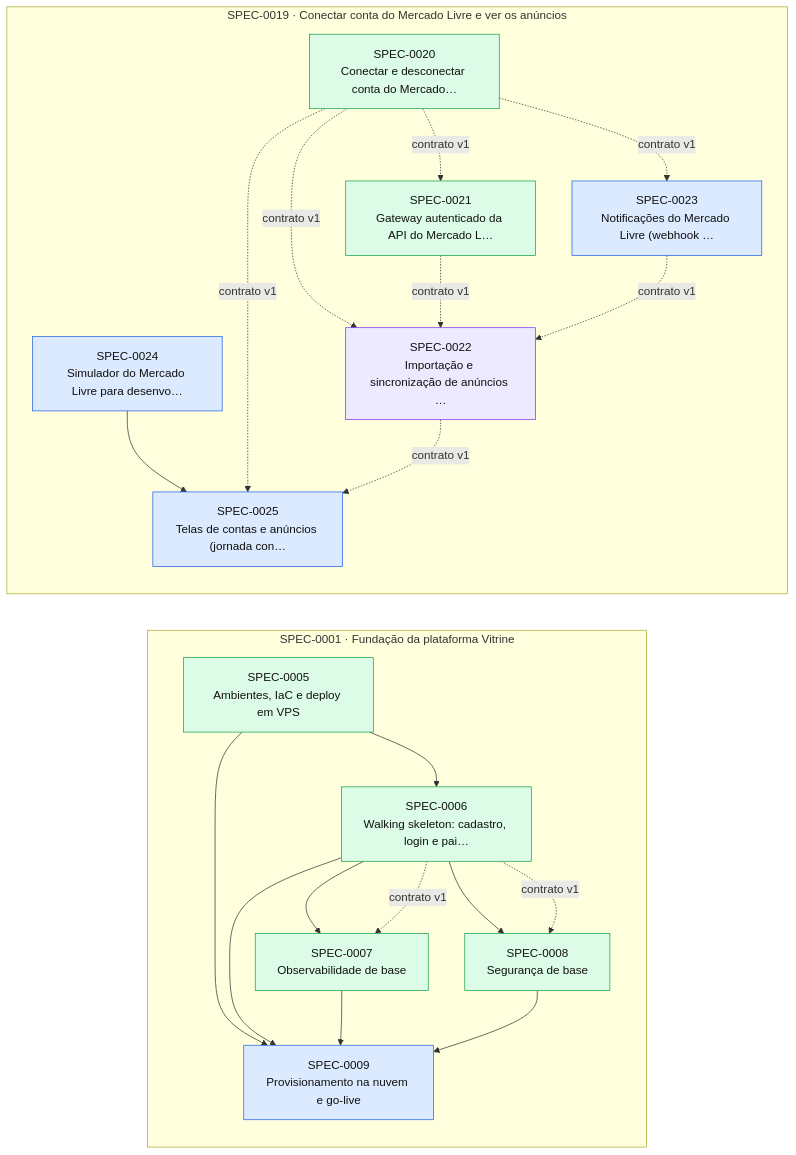
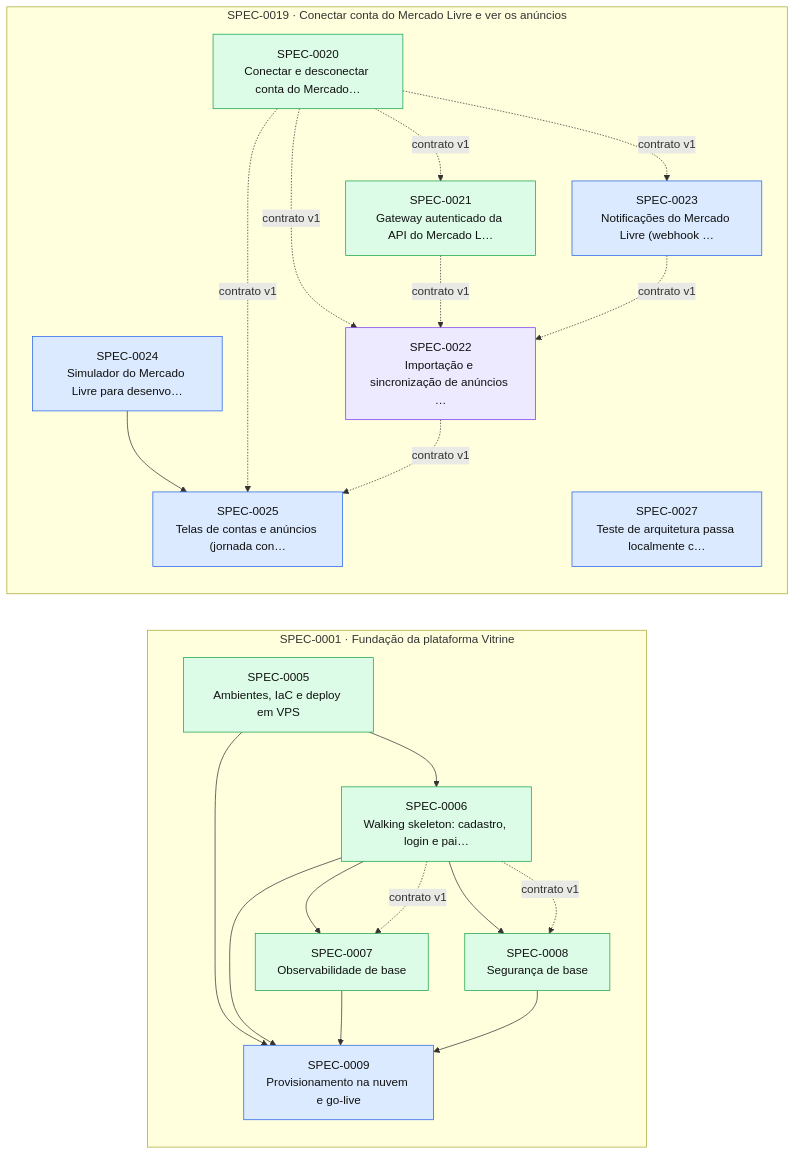
Before and after one commit to thomasravache/vitrine: the diagram in docs/specs/INDEX.md, drawn with Mermaid. The commit also changed other lines of this file and 2 other files, not shown here.

First line of the commit message:
docs(specs): SPEC-0027 (teste de arquitetura igual ao CI), aprovada no piloto automático

````diff
--- a/docs/specs/INDEX.md
+++ b/docs/specs/INDEX.md
@@ -62,40 +63,41 @@
 ```mermaid
 flowchart LR
   subgraph E0001["SPEC-0001 · Fundação da plataforma Vitrine"]
     S0005["SPEC-0005<br/>Ambientes, IaC e deploy em VPS"]:::implemented
     S0006["SPEC-0006<br/>Walking skeleton: cadastro, login e pai…"]:::implemented
     S0007["SPEC-0007<br/>Observabilidade de base"]:::implemented
     S0008["SPEC-0008<br/>Segurança de base"]:::implemented
     S0009["SPEC-0009<br/>Provisionamento na nuvem e go-live"]:::approved
   end
   subgraph E0019["SPEC-0019 · Conectar conta do Mercado Livre e ver os anúncios"]
     S0020["SPEC-0020<br/>Conectar e desconectar conta do Mercado…"]:::implemented
     S0021["SPEC-0021<br/>Gateway autenticado da API do Mercado L…"]:::implemented
     S0022["SPEC-0022<br/>Importação e sincronização de anúncios …"]:::inprogress
     S0023["SPEC-0023<br/>Notificações do Mercado Livre (webhook …"]:::approved
     S0024["SPEC-0024<br/>Simulador do Mercado Livre para desenvo…"]:::approved
     S0025["SPEC-0025<br/>Telas de contas e anúncios (jornada con…"]:::approved
+    S0027["SPEC-0027<br/>Teste de arquitetura passa localmente c…"]:::approved
   end
   S0005 --> S0006
   S0006 --> S0007
   S0006 -. contrato v1 .-> S0007
   S0006 --> S0008
   S0006 -. contrato v1 .-> S0008
   S0005 --> S0009
   S0006 --> S0009
   S0007 --> S0009
   S0008 --> S0009
   S0020 -. contrato v1 .-> S0021
   S0020 -. contrato v1 .-> S0022
   S0021 -. contrato v1 .-> S0022
   S0023 -. contrato v1 .-> S0022
   S0020 -. contrato v1 .-> S0023
   S0024 --> S0025
   S0020 -. contrato v1 .-> S0025
   S0022 -. contrato v1 .-> S0025
   classDef proposed fill:#fef3c7,stroke:#d97706,color:#111
   classDef approved fill:#dbeafe,stroke:#2563eb,color:#111
   classDef inprogress fill:#ede9fe,stroke:#7c3aed,color:#111
   classDef implemented fill:#dcfce7,stroke:#16a34a,color:#111
   classDef deprecated fill:#f3f4f6,stroke:#9ca3af,color:#6b7280
 ```
````
